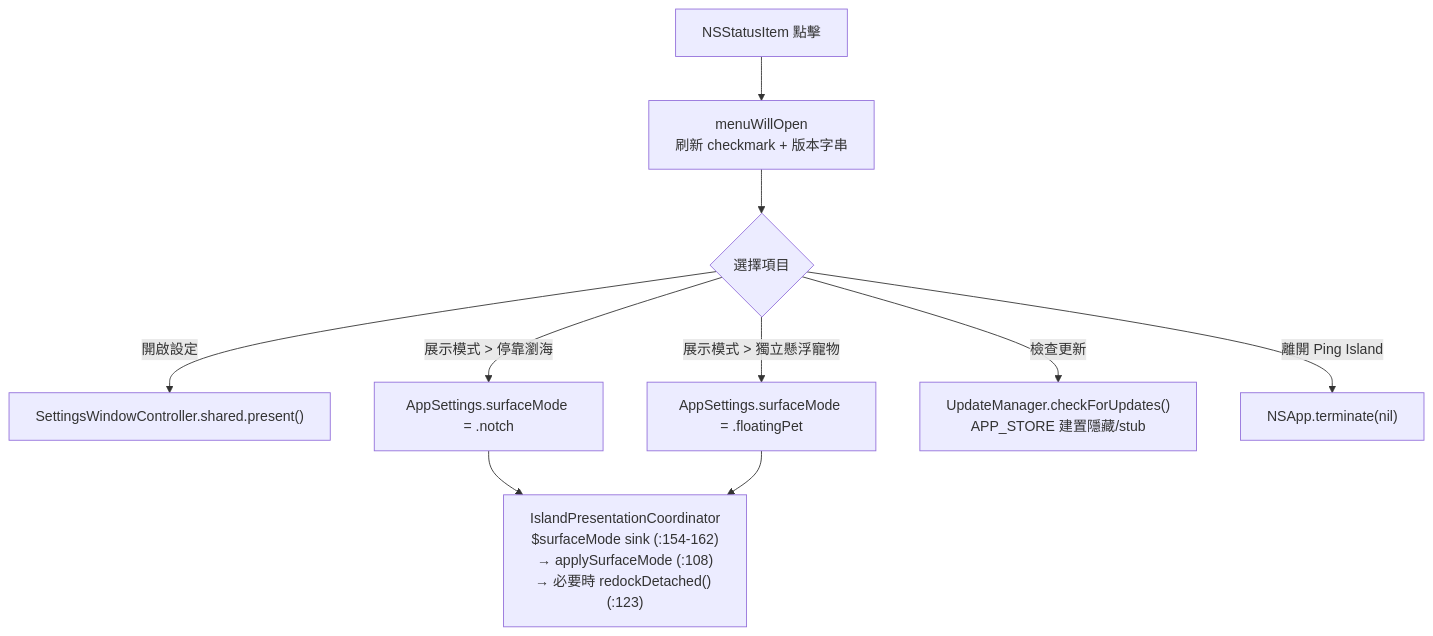
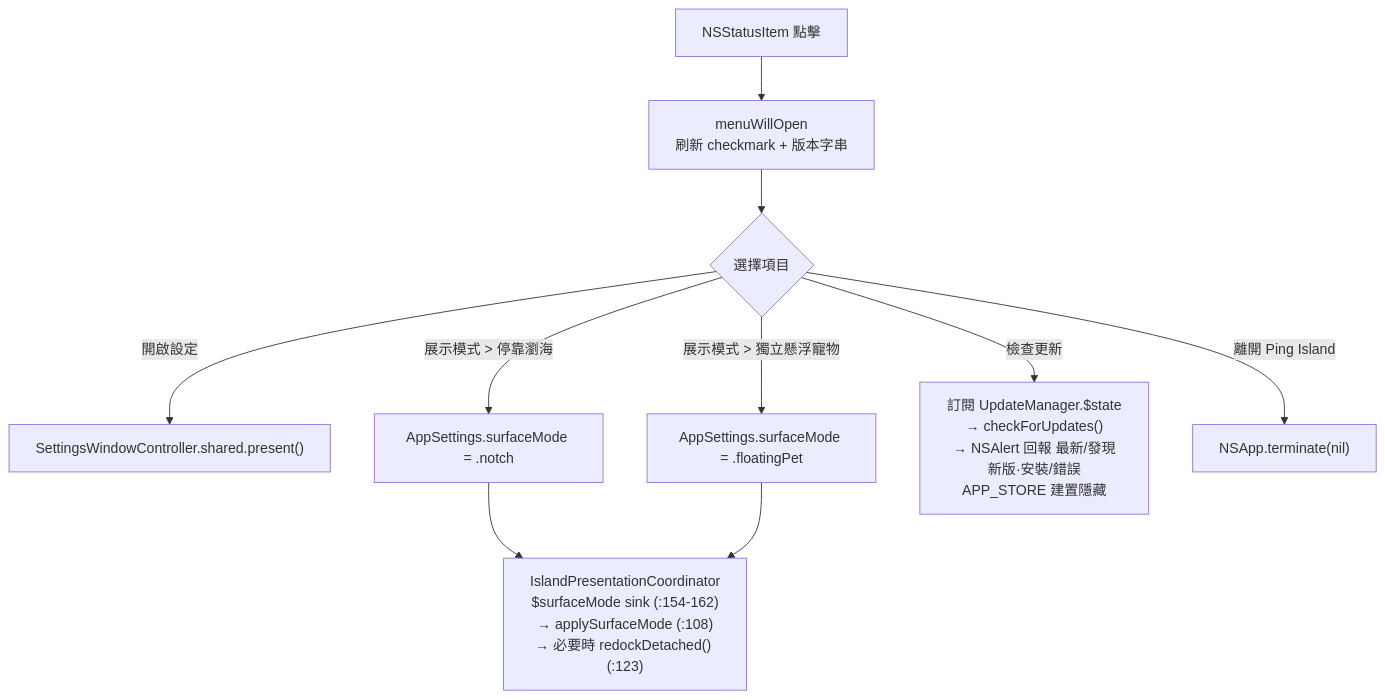
Before and after one commit to hua86430/ping-island: the first of 2 diagrams in docs/superpowers/specs/2026-07-04-menubar-status-item-and-pet-drag-design.md, drawn with Mermaid. The commit also changed other lines of this file and 27 other files, not shown here.

````diff
--- a/docs/superpowers/specs/2026-07-04-menubar-status-item-and-pet-drag-design.md
+++ b/docs/superpowers/specs/2026-07-04-menubar-status-item-and-pet-drag-design.md
@@ -51,12 +51,12 @@
 ```mermaid
 flowchart TD
     A[NSStatusItem 點擊] --> B[menuWillOpen<br/>刷新 checkmark + 版本字串]
     B --> C{選擇項目}
     C -->|開啟設定| D["SettingsWindowController.shared.present()"]
     C -->|展示模式 > 停靠瀏海| E["AppSettings.surfaceMode = .notch"]
     C -->|展示模式 > 獨立懸浮寵物| F["AppSettings.surfaceMode = .floatingPet"]
     E --> G["IslandPresentationCoordinator<br/>$surfaceMode sink (:154-162)<br/>→ applySurfaceMode (:108)<br/>→ 必要時 redockDetached() (:123)"]
     F --> G
-    C -->|檢查更新| H["UpdateManager.checkForUpdates()<br/>APP_STORE 建置隱藏/stub"]
+    C -->|檢查更新| H["訂閱 UpdateManager.$state<br/>→ checkForUpdates()<br/>→ NSAlert 回報 最新/發現新版·安裝/錯誤<br/>APP_STORE 建置隱藏"]
     C -->|離開 Ping Island| I["NSApp.terminate(nil)"]
 ```
````
